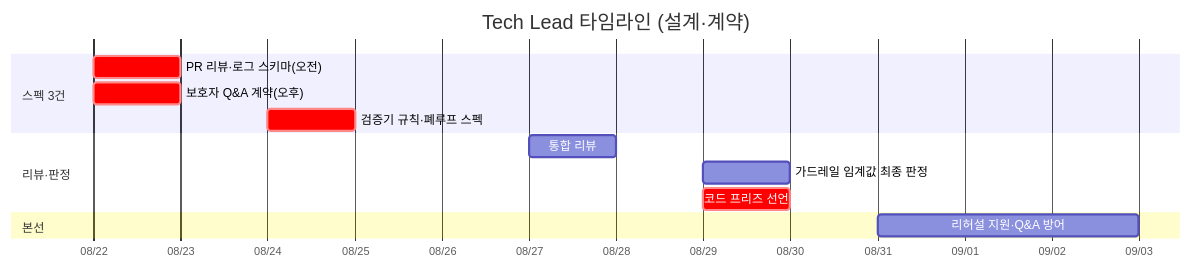
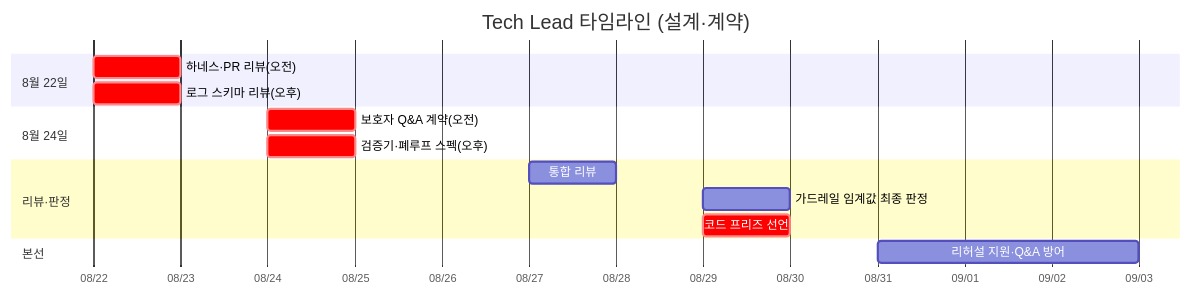
Before and after one commit to team-savers/savers-project: the diagram in docs/역할_일정/02-테크리드.md, drawn with Mermaid. The commit also changed other lines of this file and 6 other files, not shown here.

````diff
--- a/docs/역할_일정/02-테크리드.md
+++ b/docs/역할_일정/02-테크리드.md
@@ -21,16 +28,18 @@
 ```mermaid
 gantt
     title Tech Lead 타임라인 (설계·계약)
     dateFormat YYYY-MM-DD
     axisFormat %m/%d
-    section 스펙 3건
-    PR 리뷰·로그 스키마(오전)  :crit, 2026-08-22, 1d
-    보호자 Q&A 계약(오후)      :crit, 2026-08-22, 1d
-    검증기 규칙·폐루프 스펙    :crit, 2026-08-24, 1d
+    section 8월 22일
+    하네스·PR 리뷰(오전)       :crit, 2026-08-22, 1d
+    로그 스키마 리뷰(오후)     :crit, 2026-08-22, 1d
+    section 8월 24일
+    보호자 Q&A 계약(오전)      :crit, 2026-08-24, 1d
+    검증기·폐루프 스펙(오후)   :crit, 2026-08-24, 1d
     section 리뷰·판정
     통합 리뷰                :2026-08-27, 1d
     가드레일 임계값 최종 판정  :2026-08-29, 1d
     코드 프리즈 선언          :crit, 2026-08-29, 1d
     section 본선
     리허설 지원·Q&A 방어      :2026-08-31, 3d
 ```
````
